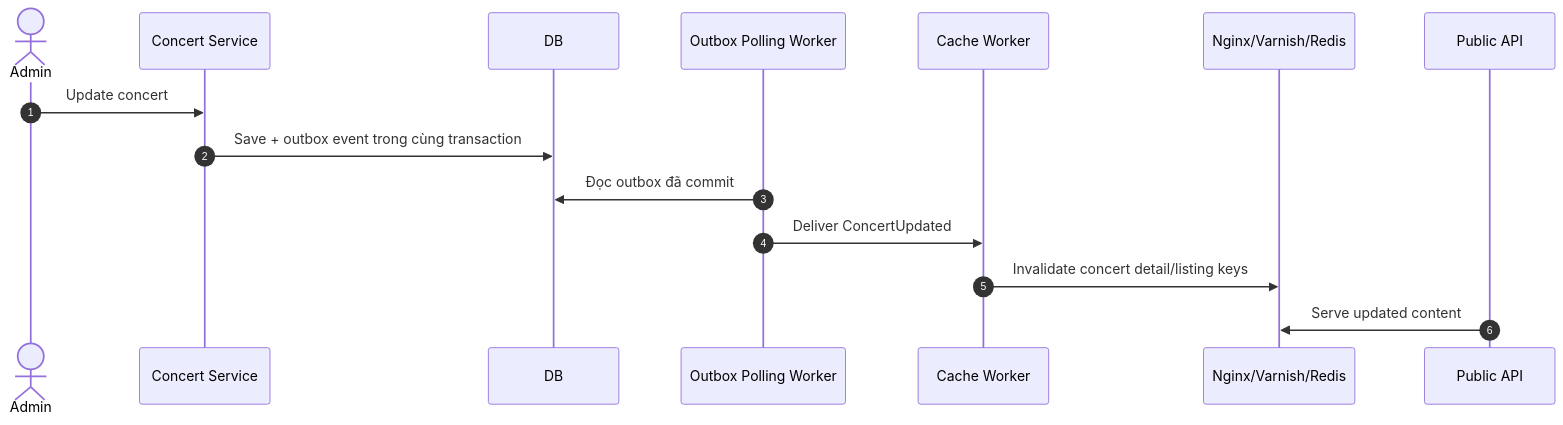
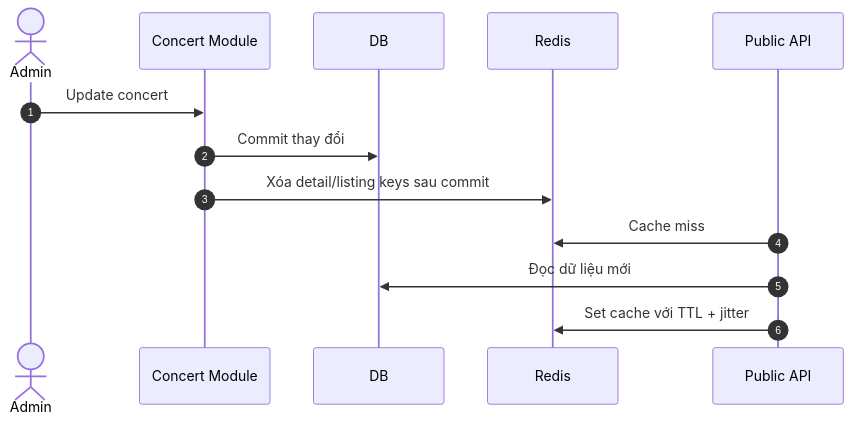
Before and after one commit to Toanapr/ticket-box: the fourth of 5 diagrams in blueprint/05-business-flows.md, drawn with Mermaid. The commit also changed other lines of this file and 24 other files, not shown here.

````diff
--- a/blueprint/05-business-flows.md
+++ b/blueprint/05-business-flows.md
@@ -132,18 +131,16 @@
 ```mermaid
 sequenceDiagram
     autonumber
     actor Admin as Admin
-    participant Concert as Concert Service
+    participant Concert as Concert Module
     participant DB as DB
-    participant OutboxWorker as Outbox Polling Worker
-    participant CacheWorker as Cache Worker
-    participant Cache as Nginx/Varnish/Redis
+    participant Cache as Redis
     participant PublicAPI as Public API
 
     Admin->>Concert: Update concert
-    Concert->>DB: Save + outbox event trong cùng transaction
-    OutboxWorker->>DB: Đọc outbox đã commit
-    OutboxWorker->>CacheWorker: Deliver ConcertUpdated
-    CacheWorker->>Cache: Invalidate concert detail/listing keys
-    PublicAPI->>Cache: Serve updated content
+    Concert->>DB: Commit thay đổi
+    Concert->>Cache: Xóa detail/listing keys sau commit
+    PublicAPI->>Cache: Cache miss
+    PublicAPI->>DB: Đọc dữ liệu mới
+    PublicAPI->>Cache: Set cache với TTL + jitter
 ```
````
